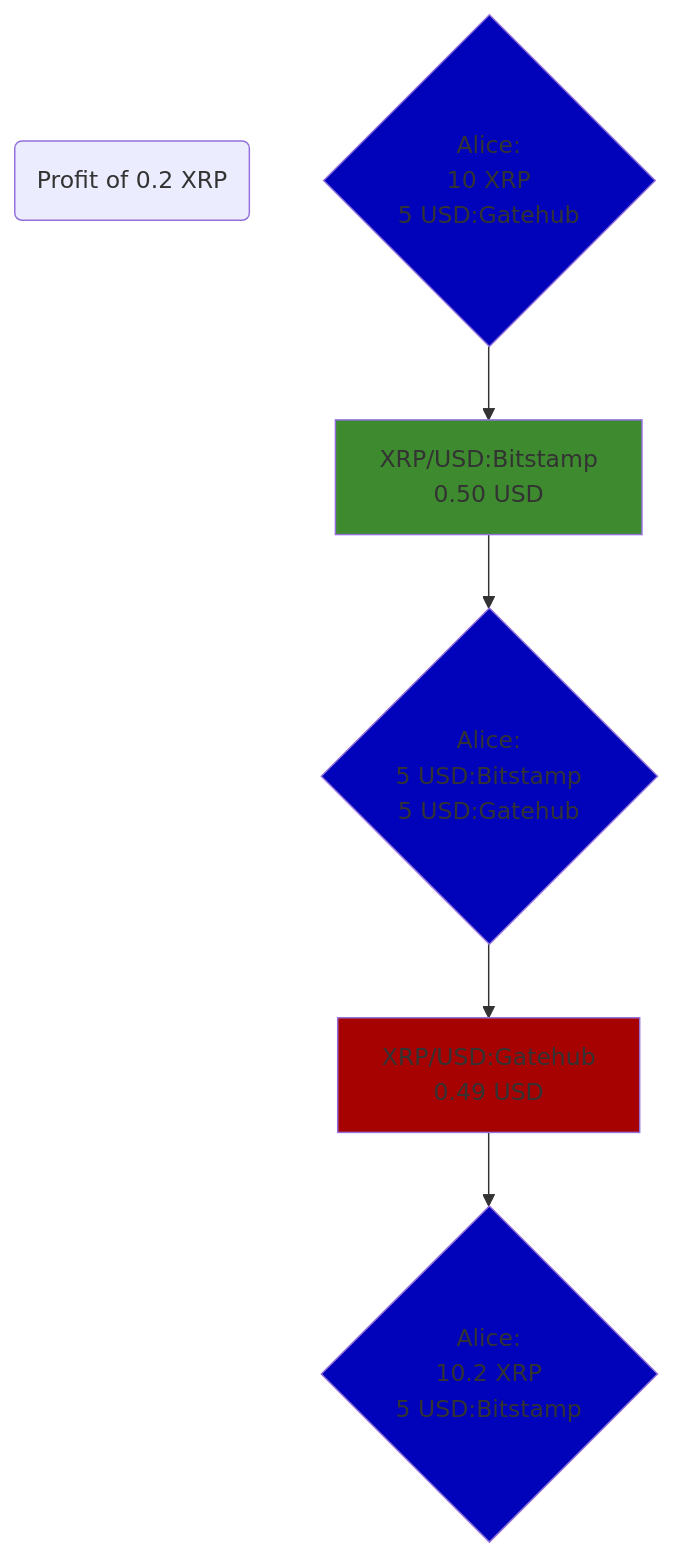
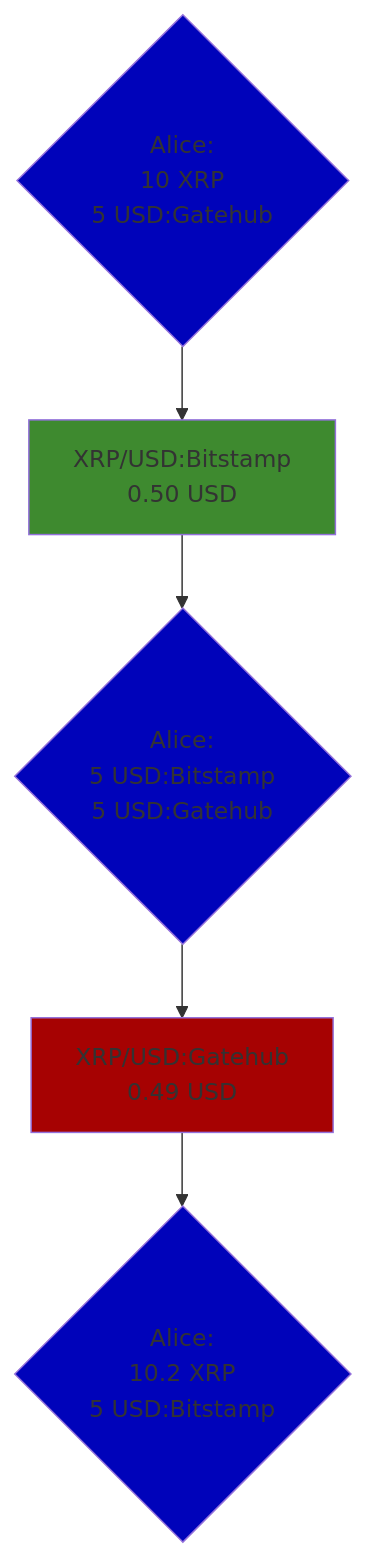
One commit to LimpidCrypto/xrpl-trading changed the first of 4 diagrams in README.md. Above: the diagram before and after it, drawn with Mermaid. The commit also changed other lines of this file, not shown here.

````diff
--- a/README.md
+++ b/README.md
@@ -29,13 +29,12 @@
 ```mermaid
 flowchart TB
-Head(Profit of 0.2 XRP)
 Alice{Alice:\n10 XRP\n5 USD:Gatehub} --> XRPUSDB[XRP/USD:Bitstamp\n0.50 USD] --> Alice1{Alice:\n5 USD:Bitstamp\n5 USD:Gatehub} --> XRPUSDG[XRP/USD:Gatehub\n0.49 USD] --> Alice2{Alice:\n10.2 XRP\n5 USD:Bitstamp}
 
 classDef wallet fill:#0003ba;
 classDef buyOrderBook fill:#3e8a2f;
 classDef sellOrderBook fill:#a60202;
 
 class Alice,Alice1,Alice2 wallet;
 class XRPUSDB buyOrderBook;
 class XRPUSDG sellOrderBook;
 ```
````
